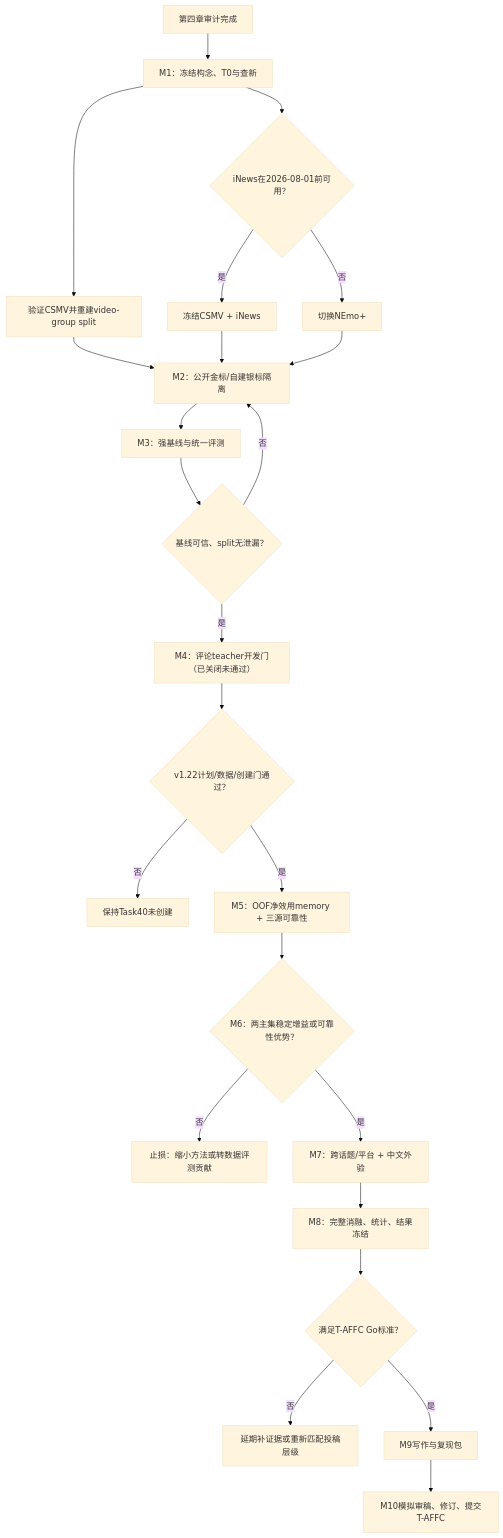
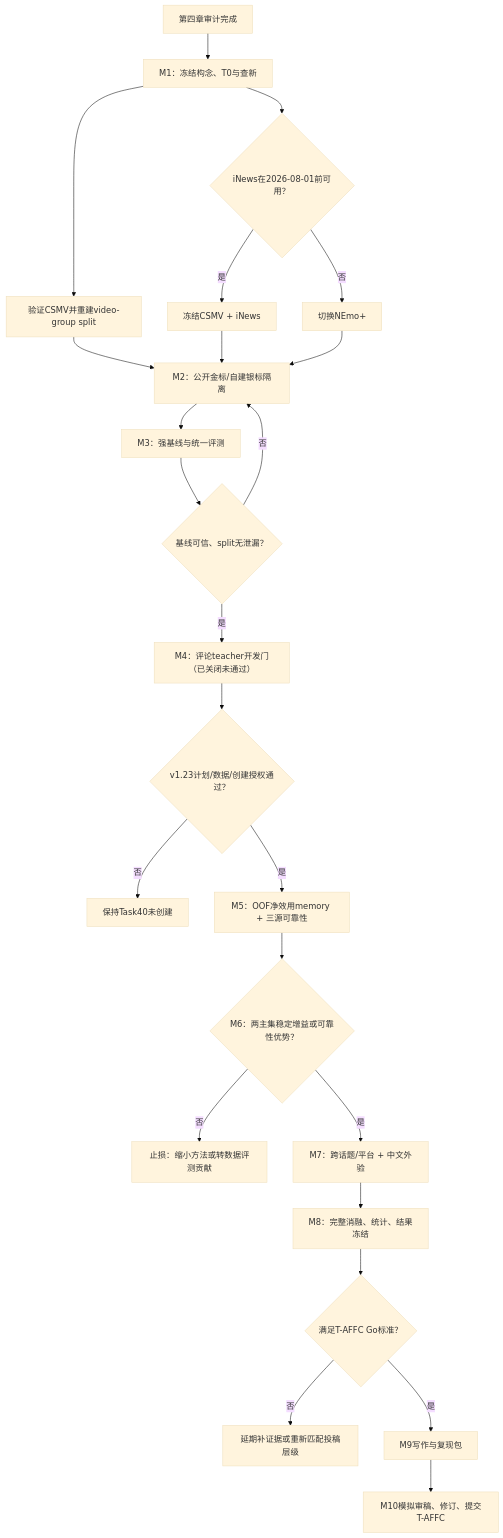
The second of 2 diagrams in TAFFC_CH4_10_MONTH_MASTER_PLAN_20260713.md (xjq801/MMSA-CH-SIMS), drawn with Mermaid (base theme) before and after one commit. The commit also changed other lines of this file and 25 other files, not shown here.

````diff
--- a/TAFFC_CH4_10_MONTH_MASTER_PLAN_20260713.md
+++ b/TAFFC_CH4_10_MONTH_MASTER_PLAN_20260713.md
@@ -635,26 +650,26 @@
 ```mermaid
 flowchart TD
     A["第四章审计完成"] --> B["M1：冻结构念、T0与查新"]
     B --> C["验证CSMV并重建video-group split"]
     B --> D{"iNews在2026-08-01前可用？"}
     D -->|是| E["冻结CSMV + iNews"]
     D -->|否| F["切换NEmo+"]
     C --> G["M2：公开金标/自建银标隔离"]
     E --> G
     F --> G
     G --> H["M3：强基线与统一评测"]
     H --> I{"基线可信、split无泄漏？"}
     I -->|否| G
     I -->|是| J["M4：评论teacher开发门（已关闭未通过）"]
-    J --> K{"v1.22计划/数据/创建门通过？"}
+    J --> K{"v1.23计划/数据/创建授权通过？"}
     K -->|否| U["保持Task40未创建"]
     K -->|是| T["M5：OOF净效用memory + 三源可靠性"]
     T --> L{"M6：两主集稳定增益或可靠性优势？"}
     L -->|否| M["止损：缩小方法或转数据评测贡献"]
     L -->|是| N["M7：跨话题/平台 + 中文外验"]
     N --> O["M8：完整消融、统计、结果冻结"]
     O --> P{"满足T-AFFC Go标准？"}
     P -->|否| Q["延期补证据或重新匹配投稿层级"]
     P -->|是| R["M9写作与复现包"]
     R --> S["M10模拟审稿、修订、提交T-AFFC"]
 ```
````
